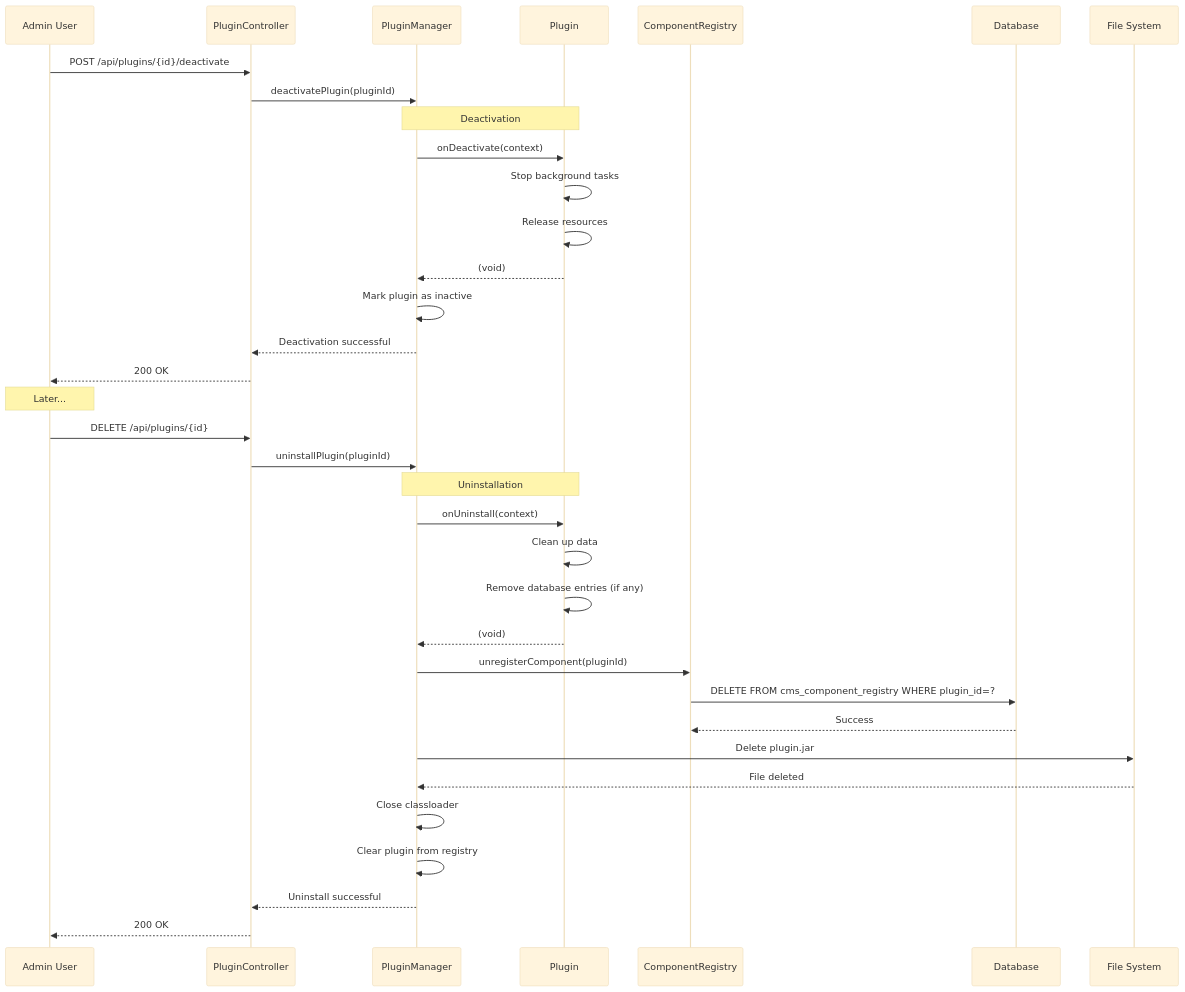
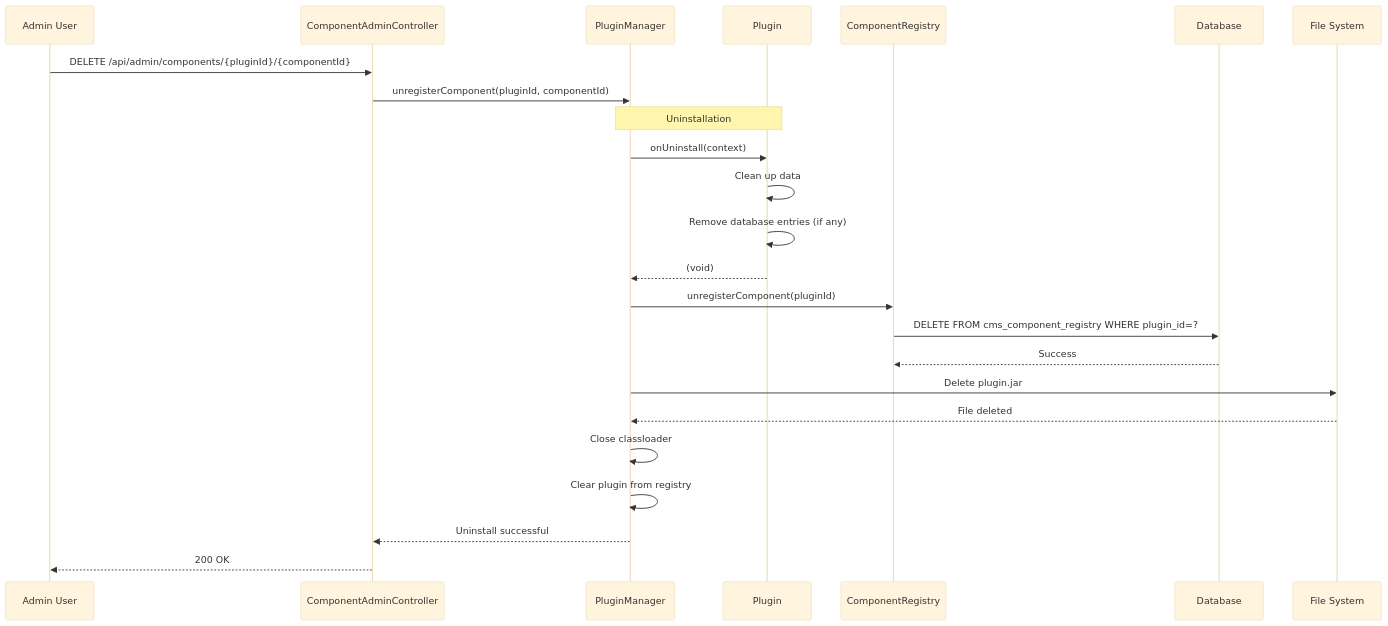
Before and after one commit to Visual-Site-Designer-VSD/visual-site-designer: the third of 13 diagrams in docs/architecture/arc42/06-runtime-view.md, drawn with Mermaid (base theme). The commit also changed other lines of this file and 15 other files, not shown here.

````diff
--- a/docs/architecture/arc42/06-runtime-view.md
+++ b/docs/architecture/arc42/06-runtime-view.md
@@ -175,46 +166,32 @@
 ```mermaid
 sequenceDiagram
     participant Admin as Admin User
-    participant API as PluginController
+    participant API as ComponentAdminController
     participant PM as PluginManager
     participant Plugin
     participant CR as ComponentRegistry
     participant DB as Database
     participant FS as File System
 
-    Admin->>API: POST /api/plugins/{id}/deactivate
-    API->>PM: deactivatePlugin(pluginId)
-
-    Note over PM,Plugin: Deactivation
-    PM->>Plugin: onDeactivate(context)
-    Plugin->>Plugin: Stop background tasks
-    Plugin->>Plugin: Release resources
-    Plugin-->>PM: (void)
-
-    PM->>PM: Mark plugin as inactive
-    PM-->>API: Deactivation successful
-    API-->>Admin: 200 OK
-
-    Note over Admin: Later...
-    Admin->>API: DELETE /api/plugins/{id}
-    API->>PM: uninstallPlugin(pluginId)
+    Admin->>API: DELETE /api/admin/components/{pluginId}/{componentId}
+    API->>PM: unregisterComponent(pluginId, componentId)
 
     Note over PM,Plugin: Uninstallation
     PM->>Plugin: onUninstall(context)
     Plugin->>Plugin: Clean up data
     Plugin->>Plugin: Remove database entries (if any)
     Plugin-->>PM: (void)
 
     PM->>CR: unregisterComponent(pluginId)
     CR->>DB: DELETE FROM cms_component_registry WHERE plugin_id=?
     DB-->>CR: Success
 
     PM->>FS: Delete plugin.jar
     FS-->>PM: File deleted
 
     PM->>PM: Close classloader
     PM->>PM: Clear plugin from registry
 
     PM-->>API: Uninstall successful
     API-->>Admin: 200 OK
 ```
````
